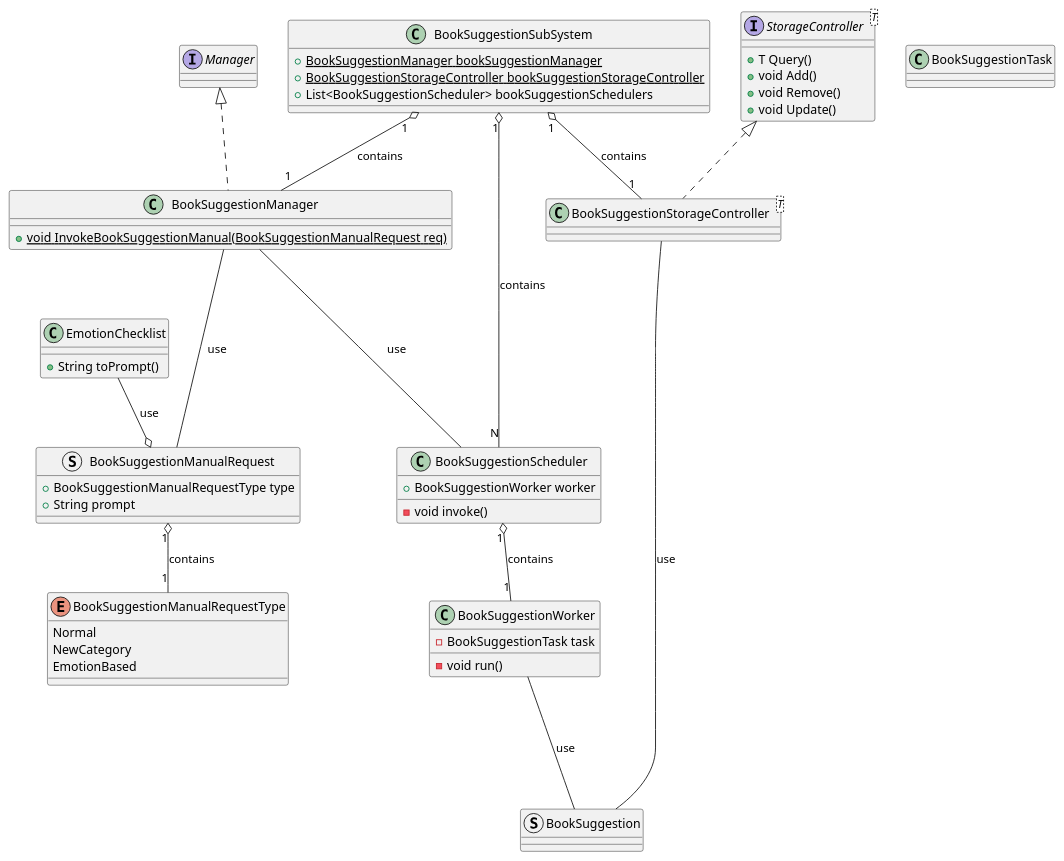
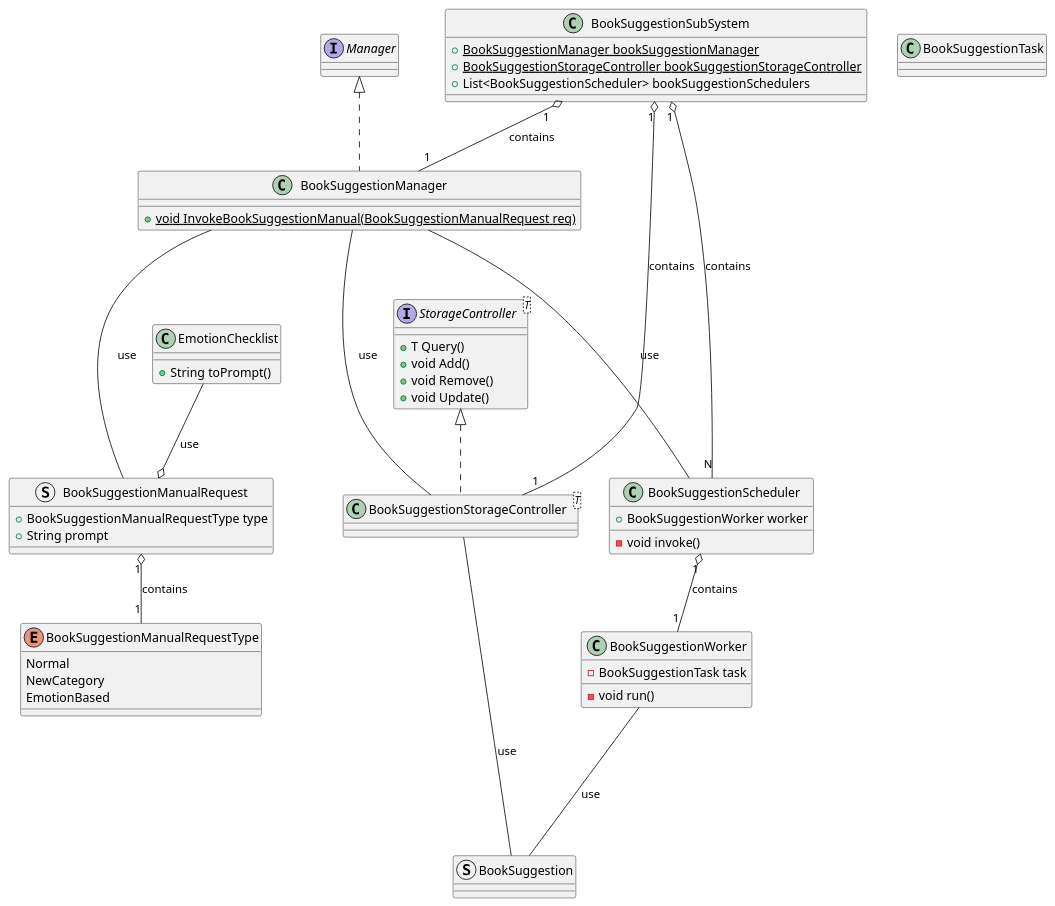
Before and after one commit to ShapeLayer/se-lecture-task__project-structure-definitions: the diagram in src/BookSuggestion.puml, drawn with PlantUML. The commit also changed 5 other files, not shown here.

```diff
--- a/src/BookSuggestion.puml
+++ b/src/BookSuggestion.puml
@@ -1,61 +1,62 @@
 @startuml
 Interface Manager
 Interface StorageController<T> {
     + T Query()
     + void Add()
     + void Remove()
     + void Update()
 }
 
 class EmotionChecklist {
     + String toPrompt()
 }
 
 enum BookSuggestionManualRequestType {
     Normal
     NewCategory
     EmotionBased
 }
 struct BookSuggestionManualRequest {
     + BookSuggestionManualRequestType type
     + String prompt
 }
 BookSuggestionManualRequest "1" o-- "1" BookSuggestionManualRequestType : contains
 EmotionChecklist --o BookSuggestionManualRequest : use
 
 struct BookSuggestion {}
 class BookSuggestionTask {}
 
 class BookSuggestionWorker {
     - BookSuggestionTask task
     - void run()
 }
 BookSuggestionWorker --- BookSuggestion : use
 
 class BookSuggestionScheduler {
     + BookSuggestionWorker worker
     - void invoke()
 }
 
 BookSuggestionScheduler "1" o-- "1" BookSuggestionWorker : contains
 
 class BookSuggestionManager implements Manager {
     + {static} void InvokeBookSuggestionManual(BookSuggestionManualRequest req)
 }
 BookSuggestionManager --- BookSuggestionManualRequest : use
 BookSuggestionManager --- BookSuggestionScheduler : use
+BookSuggestionManager --- BookSuggestionStorageController : use
 
 class BookSuggestionStorageController<T> implements StorageController {}
 BookSuggestionStorageController --- BookSuggestion : use
 
 class BookSuggestionSubSystem {
     + {static} BookSuggestionManager bookSuggestionManager
     + {static} BookSuggestionStorageController bookSuggestionStorageController
     + List<BookSuggestionScheduler> bookSuggestionSchedulers
 }
 
 BookSuggestionSubSystem "1" o-- "1" BookSuggestionManager : contains
 BookSuggestionSubSystem "1" o-- "1" BookSuggestionStorageController : contains
 BookSuggestionSubSystem "1" o-- "N" BookSuggestionScheduler : contains
 
 @enduml
```
